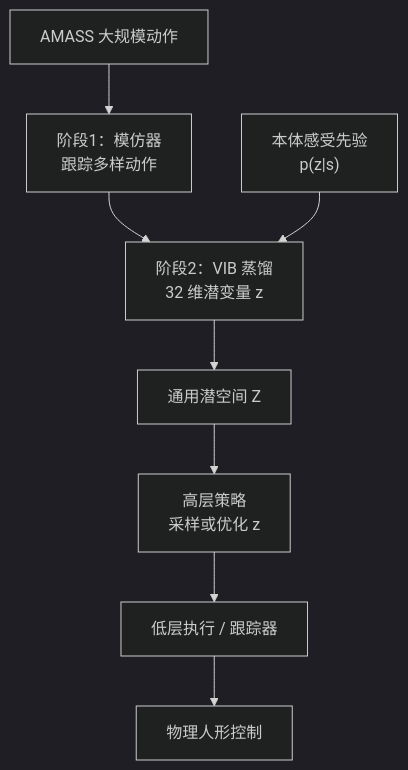
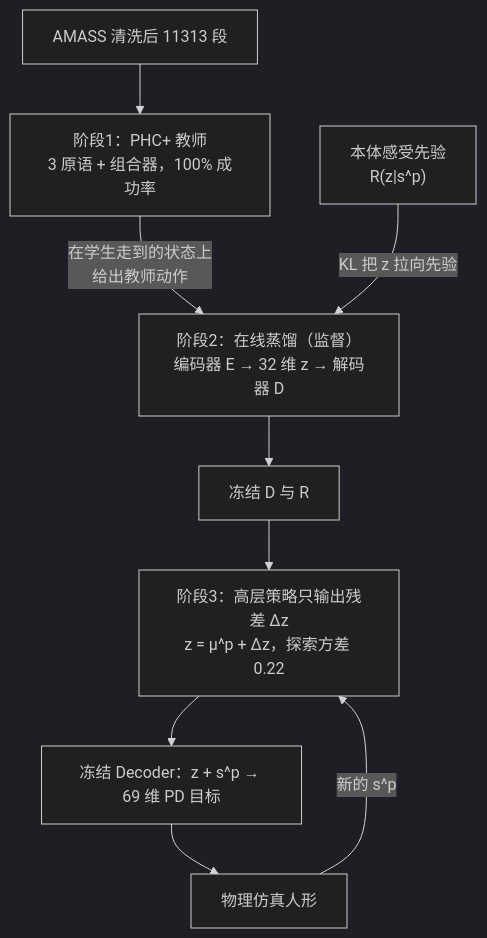
The first of 3 diagrams in papers/01_Foundational_RL/PULSE_Physics-based_Universal_Latent_Space/PULSE_Physics-based_Universal_Latent_Space.md (ImChong/Robot_Learning_Paper_Notebooks), drawn with Mermaid (dark theme) before and after one commit. The commit also changed other lines of this file and 2 other files, not shown here.

```diff
--- a/papers/01_Foundational_RL/PULSE_Physics-based_Universal_Latent_Space/PULSE_Physics-based_Universal_Latent_Space.md
+++ b/papers/01_Foundational_RL/PULSE_Physics-based_Universal_Latent_Space/PULSE_Physics-based_Universal_Latent_Space.md
@@ -110,10 +340,11 @@
 <div class="mermaid">
 flowchart TB
-    AMASS["AMASS 大规模动作"] --> M1["阶段1：模仿器<br/>跟踪多样动作"]
-    M1 --> M2["阶段2：VIB 蒸馏<br/>32 维潜变量 z"]
-    Prop["本体感受先验<br/>p(z#124;s)"] --> M2
-    M2 --> Z["通用潜空间 Z"]
-    Z --> HL["高层策略<br/>采样或优化 z"]
-    HL --> Low["低层执行 / 跟踪器"]
-    Low --> Robot["物理人形控制"]
+    AMASS["AMASS 清洗后 11313 段"] --> M1["阶段1：PHC+ 教师<br/>3 原语 + 组合器，100% 成功率"]
+    M1 -->|"在学生走到的状态上<br/>给出教师动作"| M2["阶段2：在线蒸馏（监督）<br/>编码器 E → 32 维 z → 解码器 D"]
+    Prop["本体感受先验<br/>R(z#124;s^p)"] -->|"KL 把 z 拉向先验"| M2
+    M2 --> Z["冻结 D 与 R"]
+    Z --> HL["阶段3：高层策略只输出残差 Δz<br/>z = μ^p + Δz，探索方差 0.22"]
+    HL --> Low["冻结 Decoder：z + s^p → 69 维 PD 目标"]
+    Low --> Robot["物理仿真人形"]
+    Robot -->|"新的 s^p"| HL
 </div>
```
